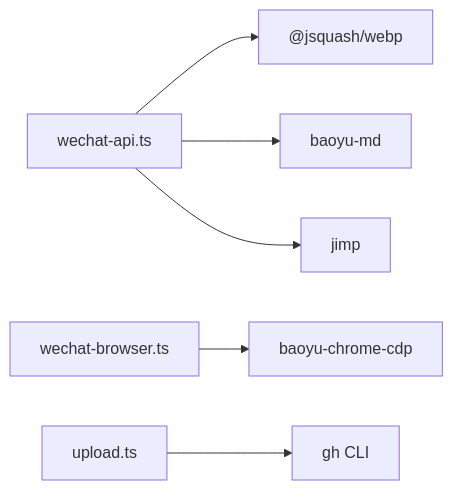
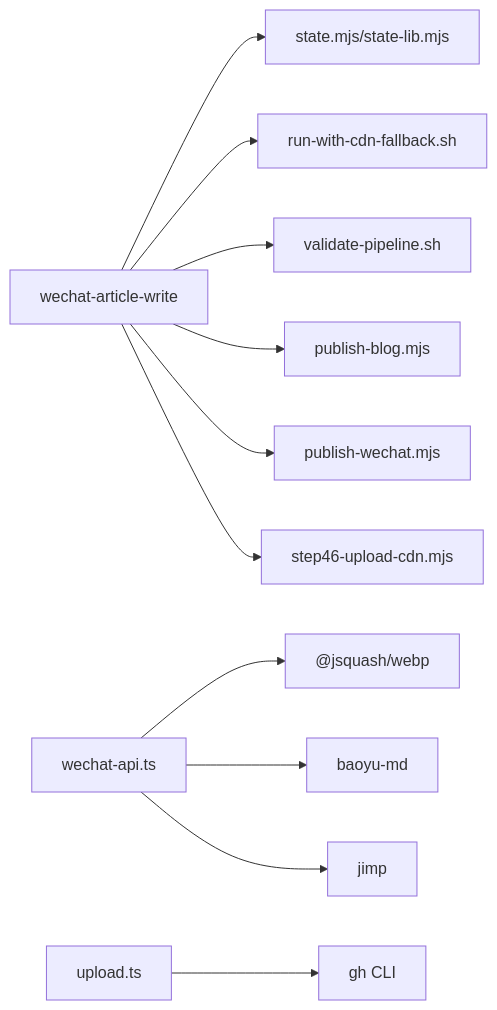
Before and after one commit to NTLx/ntlx.github.io: the sixth of 6 diagrams in .qoder/repowiki/zh/content/AI 技能系统/发布自动化技能/发布自动化技能.md, drawn with Mermaid. The commit also changed other lines of this file and 8 other files, not shown here.

````diff
--- a/.qoder/repowiki/zh/content/AI 技能系统/发布自动化技能/发布自动化技能.md
+++ b/.qoder/repowiki/zh/content/AI 技能系统/发布自动化技能/发布自动化技能.md
@@ -259,8 +324,13 @@
 ```mermaid
 graph LR
-A["wechat-api.ts"] --> B["@jsquash/webp"]
-A --> C["baoyu-md"]
-A --> D["jimp"]
-E["wechat-browser.ts"] --> F["baoyu-chrome-cdp"]
-G["upload.ts"] --> H["gh CLI"]
+A["wechat-article-write"] --> B["state.mjs/state-lib.mjs"]
+A --> C["run-with-cdn-fallback.sh"]
+A --> D["validate-pipeline.sh"]
+A --> E["publish-blog.mjs"]
+A --> F["publish-wechat.mjs"]
+A --> G["step46-upload-cdn.mjs"]
+H["wechat-api.ts"] --> I["@jsquash/webp"]
+H --> J["baoyu-md"]
+H --> K["jimp"]
+L["upload.ts"] --> M["gh CLI"]
 ```
````
